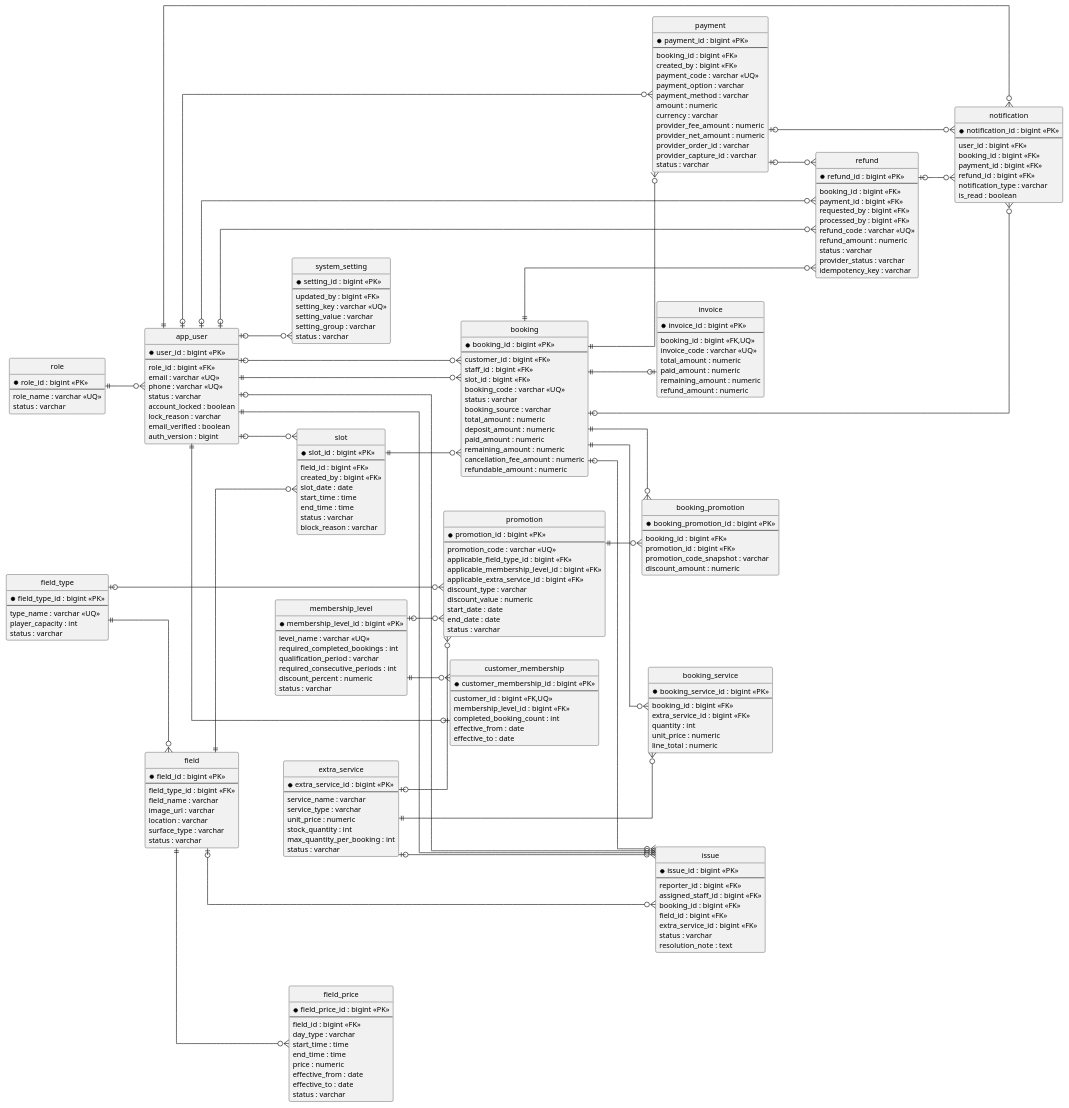
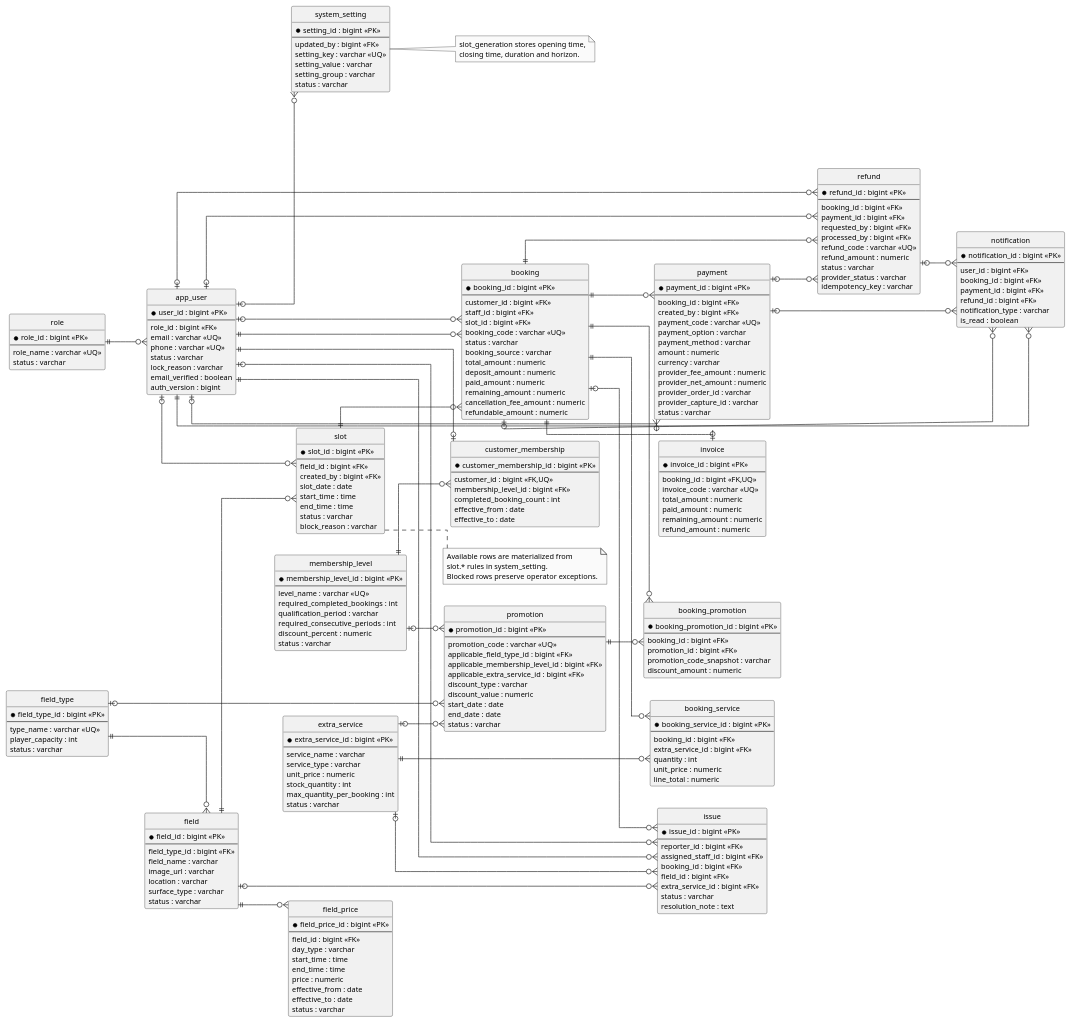
Before and after one commit to maxwell1904/SWP391_G3: the diagram in docs/ERD/goalzone-code-first-schema.puml, drawn with PlantUML. The commit also changed 99 other files, not shown here.

```diff
--- a/docs/ERD/goalzone-code-first-schema.puml
+++ b/docs/ERD/goalzone-code-first-schema.puml
@@ -21,7 +21,6 @@
   email : varchar <<UQ>>
   phone : varchar <<UQ>>
   status : varchar
-  account_locked : boolean
   lock_reason : varchar
   email_verified : boolean
   auth_version : bigint
@@ -228,6 +227,17 @@
   status : varchar
 }
 
+note right of slot_table
+  Available rows are materialized from
+  slot.* rules in system_setting.
+  Blocked rows preserve operator exceptions.
+end note
+
+note right of system_setting
+  slot_generation stores opening time,
+  closing time, duration and horizon.
+end note
+
 role ||--o{ app_user
 app_user ||--o| customer_membership
 membership_level ||--o{ customer_membership
```
